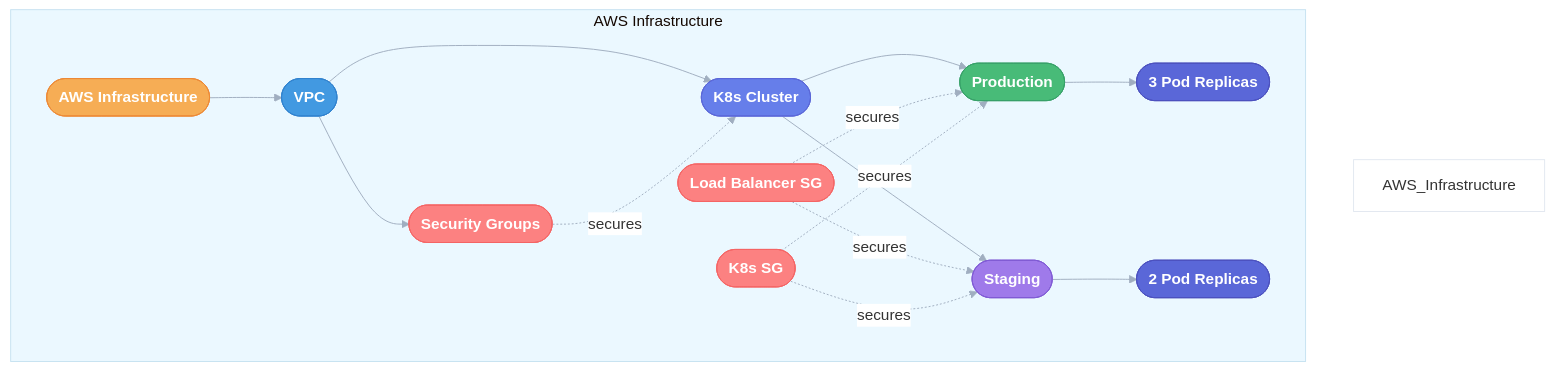
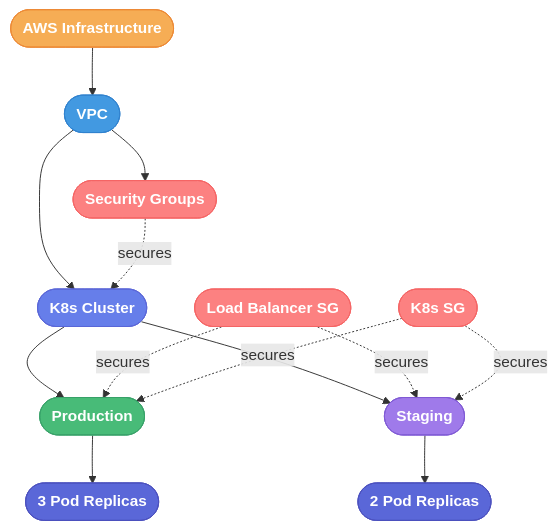
The fourth of 4 diagrams in README.md (DanorSODA/Devops-Course-Final-Project), drawn with Mermaid before and after one commit. The commit also changed other lines of this file, not shown here.

````diff
--- a/README.md
+++ b/README.md
@@ -158,40 +134,26 @@
 ```mermaid
-%%{init: {
-  'theme': 'base',
-  'themeVariables': {
-    'primaryColor': '#4299e1',
-    'edgeLabelBackground':'#ffffff',
-    'tertiaryColor': '#ebf8ff',
-    'lineColor': '#a0aec0',
-    'fontFamily': 'arial',
-    'fontSize': '16px'
-  }
-}}%%
 graph TD
-    subgraph "AWS Infrastructure"
-        style AWS_Infrastructure fill:#ffffff,stroke:#e2e8f0
-        A([AWS Infrastructure]):::aws --> B([VPC]):::vpc
-        B --> SG1([Security Groups]):::sg
-        B --> C([K8s Cluster]):::k8s
+    A([AWS Infrastructure]):::aws --> B([VPC]):::vpc
+    B --> SG1([Security Groups]):::sg
+    B --> C([K8s Cluster]):::k8s
 
-        SG1 -.secures.-> C
-        C --> D([Production]):::prod
-        C --> E([Staging]):::stage
+    SG1 -.secures.-> C
+    C --> D([Production]):::prod
+    C --> E([Staging]):::stage
 
-        D --> DP([3 Pod Replicas]):::pod
-        E --> SP([2 Pod Replicas]):::pod
+    D --> DP([3 Pod Replicas]):::pod
+    E --> SP([2 Pod Replicas]):::pod
 
-        SG2([Load Balancer SG]):::sg -.secures.-> D
-        SG3([K8s SG]):::sg -.secures.-> D
-        SG2 -.secures.-> E
-        SG3 -.secures.-> E
-    end
+    SG2([Load Balancer SG]):::sg -.secures.-> D
+    SG3([K8s SG]):::sg -.secures.-> D
+    SG2 -.secures.-> E
+    SG3 -.secures.-> E
 
     classDef aws fill:#f6ad55,stroke:#ed8936,color:#fff,font-family:arial,font-weight:bold
     classDef vpc fill:#4299e1,stroke:#3182ce,color:#fff,font-family:arial,font-weight:bold
     classDef sg fill:#fc8181,stroke:#f56565,color:#fff,font-family:arial,font-weight:bold
     classDef k8s fill:#667eea,stroke:#5a67d8,color:#fff,font-family:arial,font-weight:bold
     classDef prod fill:#48bb78,stroke:#38a169,color:#fff,font-family:arial,font-weight:bold
     classDef stage fill:#9f7aea,stroke:#805ad5,color:#fff,font-family:arial,font-weight:bold
     classDef pod fill:#5a67d8,stroke:#4c51bf,color:#fff,font-family:arial,font-weight:bold
 ```
````
